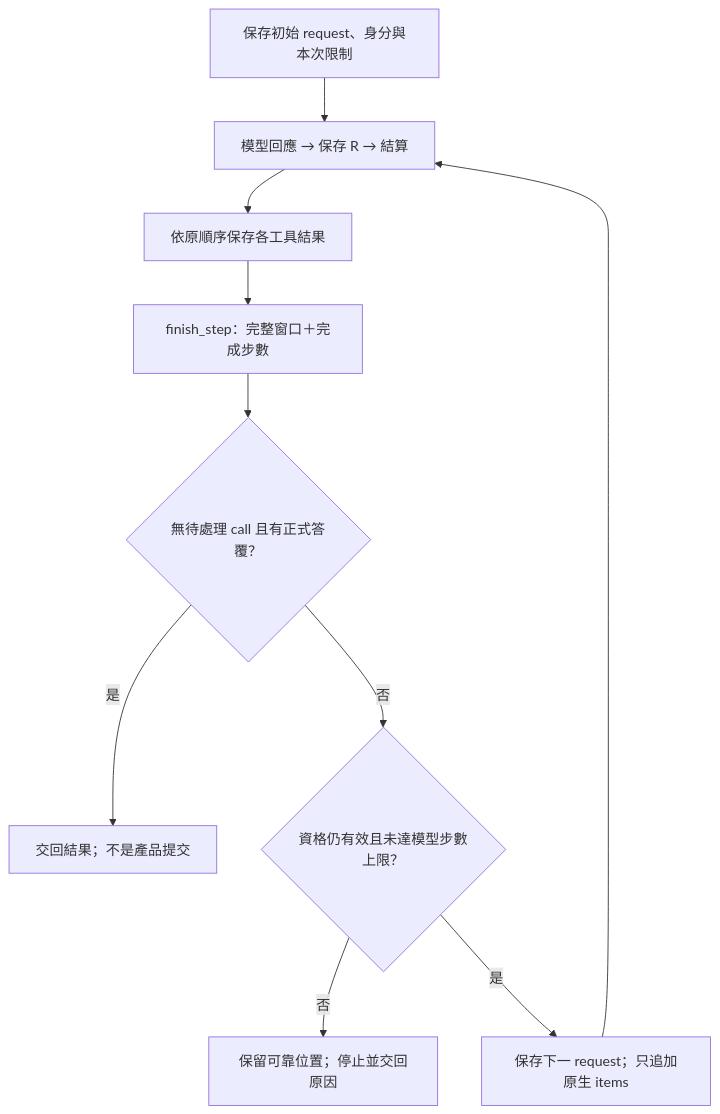
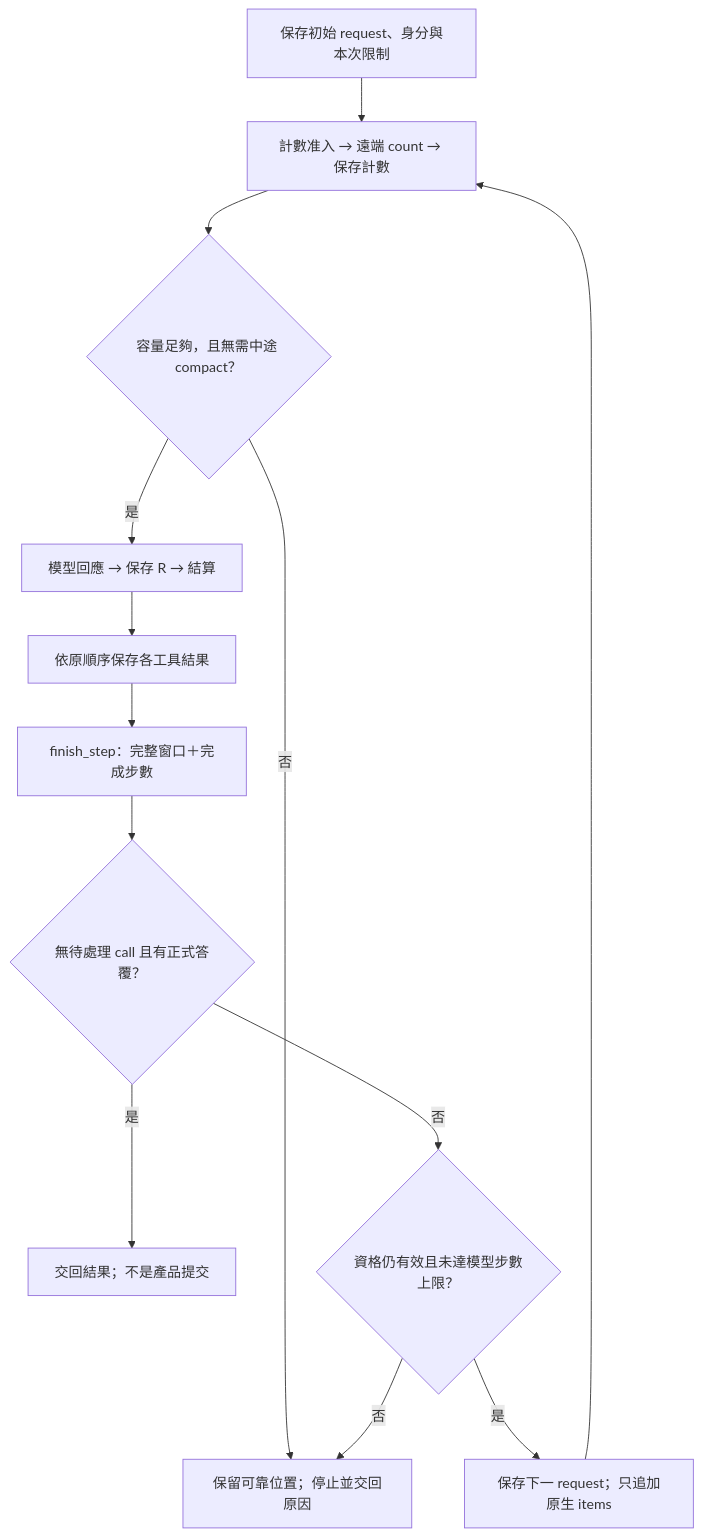
One commit to JD-Consultant/Caliburn changed the second of 3 diagrams in docs/implementation/agent-execution.md. Above: the diagram before and after it, drawn with Mermaid. The commit also changed other lines of this file and 15 other files, not shown here.

````diff
--- a/docs/implementation/agent-execution.md
+++ b/docs/implementation/agent-execution.md
@@ -151,12 +152,15 @@
 ```mermaid
 flowchart TD
-  I["保存初始 request、身分與本次限制"] --> R["模型回應 → 保存 R → 結算"]
+  I["保存初始 request、身分與本次限制"] --> C["計數准入 → 遠端 count → 保存計數"]
+  C --> G{"容量足夠，且無需中途 compact？"}
+  G -->|是| R["模型回應 → 保存 R → 結算"]
+  G -->|否| E["保留可靠位置；停止並交回原因"]
   R --> T["依原順序保存各工具結果"]
   T --> S["finish_step：完整窗口＋完成步數"]
   S --> F{"無待處理 call 且有正式答覆？"}
   F -->|是| D["交回結果；不是產品提交"]
   F -->|否| N{"資格仍有效且未達模型步數上限？"}
-  N -->|否| E["保留可靠位置；停止並交回原因"]
+  N -->|否| E
   N -->|是| P["保存下一 request；只追加原生 items"]
-  P --> R
+  P --> C
 ```
````
